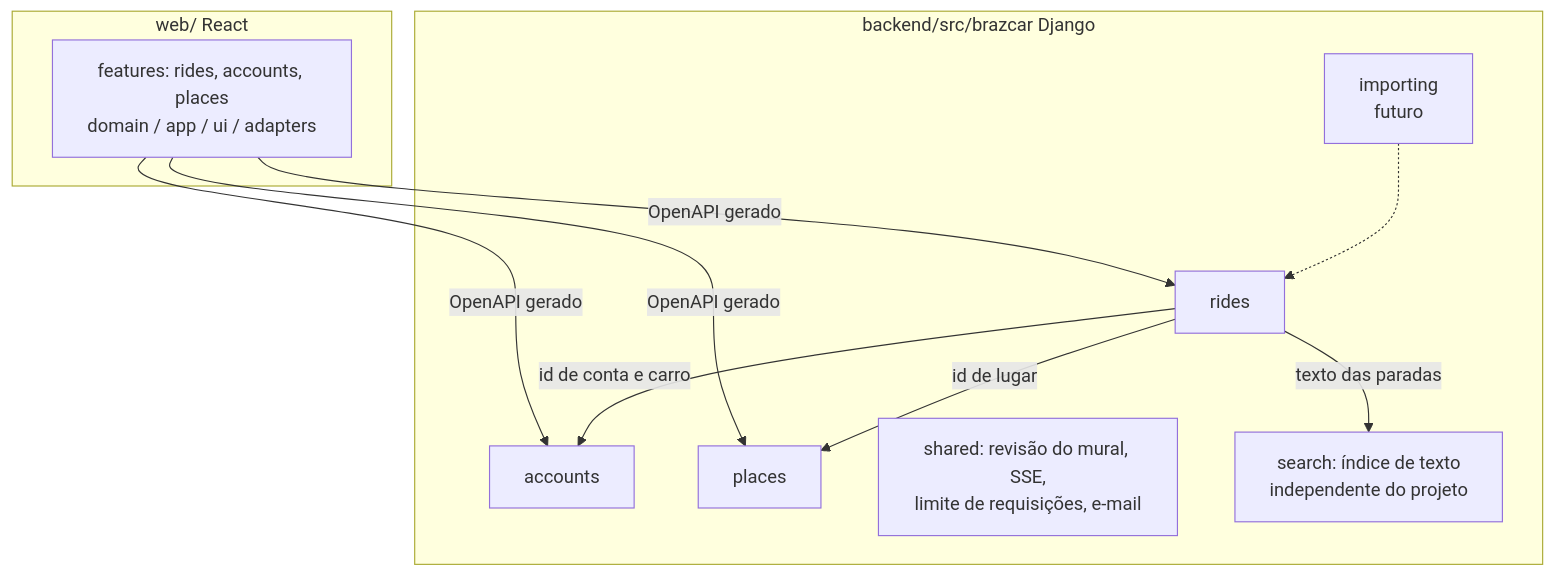
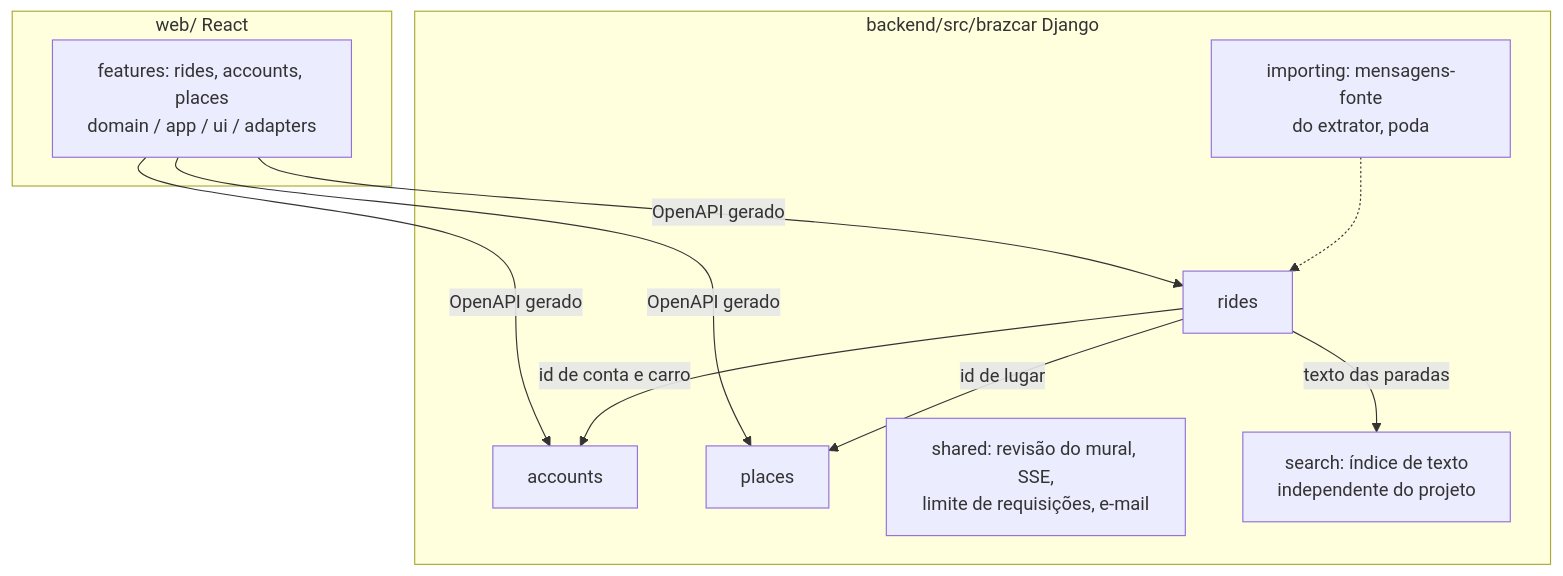
The second of 2 diagrams in docs/architecture.md (edududs/BrazCar), drawn with Mermaid before and after one commit. The commit also changed other lines of this file and 4 other files, not shown here.

First line of the commit message:
docs: close step 7a in STATE, ROADMAP, architecture and the deploy runbook

````diff
--- a/docs/architecture.md
+++ b/docs/architecture.md
@@ -23,19 +24,19 @@
 ```mermaid
 flowchart TB
     subgraph web [web/ React]
         F[features: rides, accounts, places<br/>domain / app / ui / adapters]
     end
     subgraph src [backend/src/brazcar Django]
         R[rides]
         AC[accounts]
         PL[places]
         SH[shared: revisão do mural, SSE,<br/>limite de requisições, e-mail]
         SE[search: índice de texto<br/>independente do projeto]
-        IM[importing<br/>futuro]
+        IM[importing: mensagens-fonte<br/>do extrator, poda]
     end
     F -->|OpenAPI gerado| R & AC & PL
     R -->|id de lugar| PL
     R -->|id de conta e carro| AC
     R -->|texto das paradas| SE
     IM -.-> R
 ```
````
